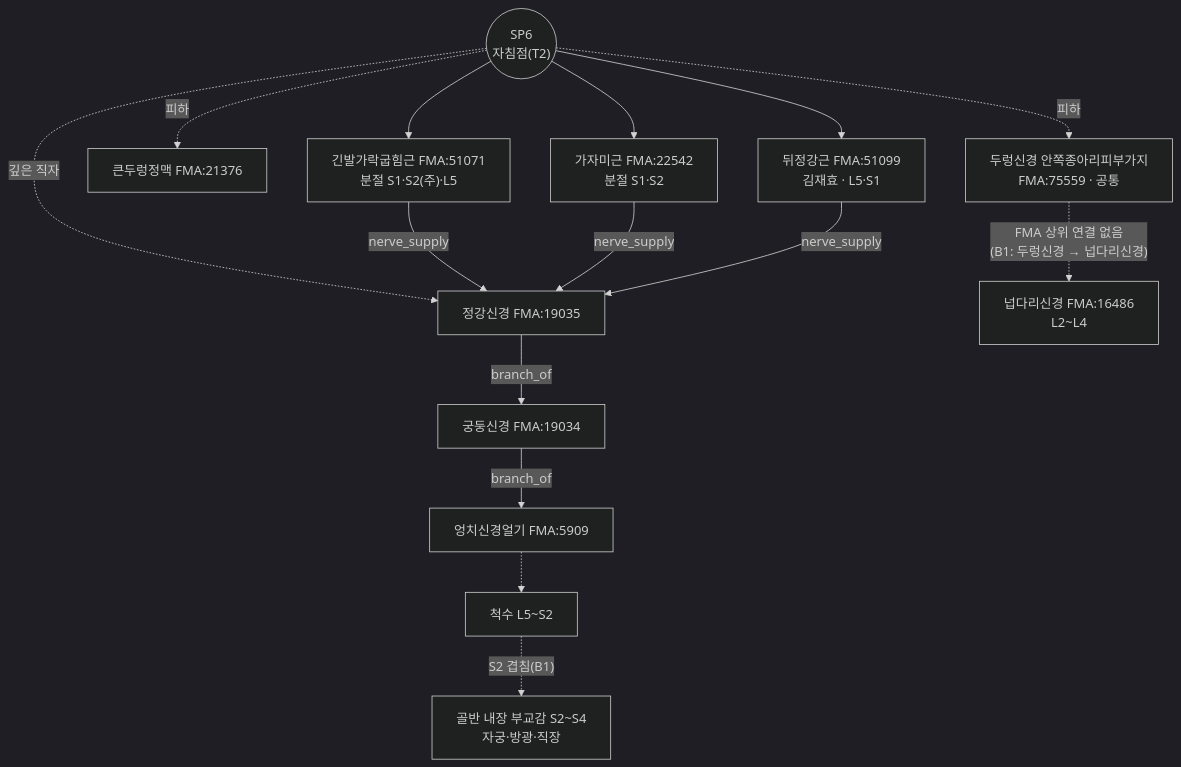
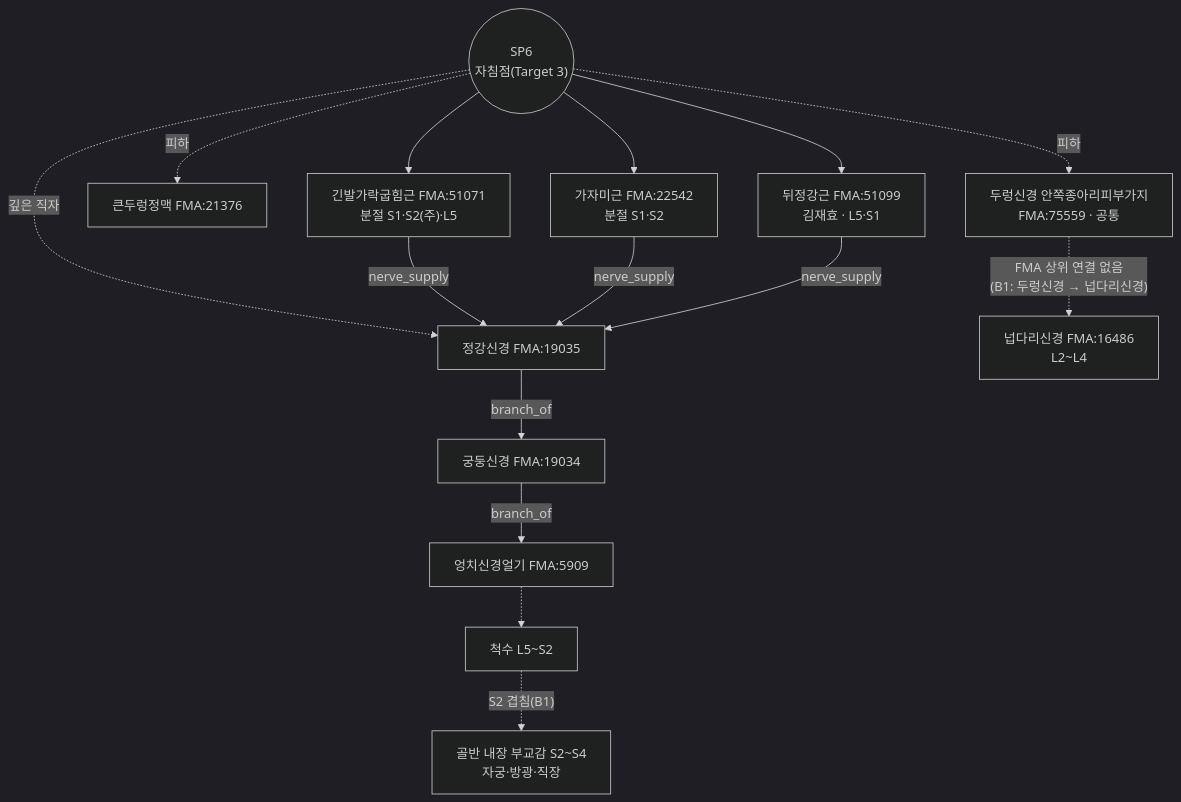
Before and after one commit to jaehyokim-sketch/acupoint_anatomy: the diagram in 01_경혈별_해부생리_분석보고서/SP_족태음비경/SP06_삼음교/SP06_삼음교_해부생리_실체판명_보고서.md, drawn with Mermaid (dark theme). The commit also changed other lines of this file and 60 other files, not shown here.

````diff
--- a/01_경혈별_해부생리_분석보고서/SP_족태음비경/SP06_삼음교/SP06_삼음교_해부생리_실체판명_보고서.md
+++ b/01_경혈별_해부생리_분석보고서/SP_족태음비경/SP06_삼음교/SP06_삼음교_해부생리_실체판명_보고서.md
@@ -166,17 +202,17 @@
 ```mermaid
 flowchart TB
-  P(("SP6<br/>자침점(T2)")) -.피하.-> MCB["두렁신경 안쪽종아리피부가지<br/>FMA:75559 · 공통"]
+  P(("SP6<br/>자침점(Target 3)")) -.피하.-> MCB["두렁신경 안쪽종아리피부가지<br/>FMA:75559 · 공통"]
   P -.피하.-> GSV["큰두렁정맥 FMA:21376"]
   P --> SOL["가자미근 FMA:22542<br/>분절 S1·S2"]
   P --> FDL["긴발가락굽힘근 FMA:51071<br/>분절 S1·S2(주)·L5"]
   P --> TP["뒤정강근 FMA:51099<br/>김재효 · L5·S1"]
   P -.깊은 직자.-> TN["정강신경 FMA:19035"]
   FDL -- nerve_supply --> TN
   SOL -- nerve_supply --> TN
   TP -- nerve_supply --> TN
   TN -- branch_of --> SCI["궁둥신경 FMA:19034"]
   SCI -- branch_of --> SAC["엉치신경얼기 FMA:5909"]
   MCB -. "FMA 상위 연결 없음<br/>(B1: 두렁신경 → 넙다리신경)" .-> FEM["넙다리신경 FMA:16486<br/>L2~L4"]
   SAC -.-> SEG["척수 L5~S2"]
   SEG -. "S2 겹침(B1)" .-> PEL["골반 내장 부교감 S2~S4<br/>자궁·방광·직장"]
 ```
````
